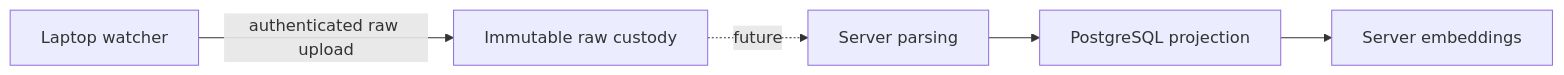
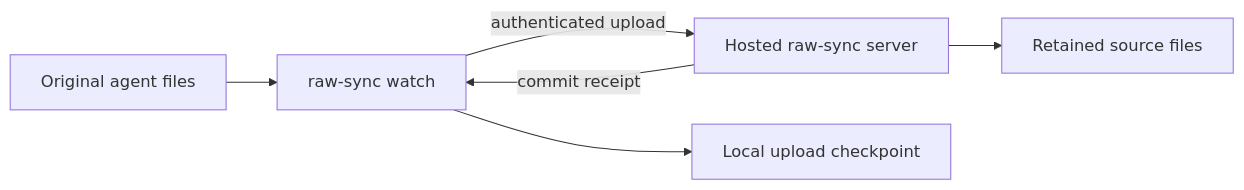
The diagram in docs/hosted-raw-sync.md (kenn-io/agentsview), drawn with Mermaid before and after one commit. The commit also changed other lines of this file and 19 other files, not shown here.

````diff
--- a/docs/hosted-raw-sync.md
+++ b/docs/hosted-raw-sync.md
@@ -11,7 +11,8 @@
 ```mermaid
 flowchart LR
-    Watcher["Laptop watcher"] -->|"authenticated raw upload"| Custody["Immutable raw custody"]
-    Custody -. "future" .-> Parser["Server parsing"]
-    Parser --> PostgreSQL["PostgreSQL projection"]
-    PostgreSQL --> Embeddings["Server embeddings"]
+    Files["Original agent files"] --> Client["raw-sync watch"]
+    Client -->|"authenticated upload"| Server["Hosted raw-sync server"]
+    Server --> Storage["Retained source files"]
+    Server -->|"commit receipt"| Client
+    Client --> Checkpoint["Local upload checkpoint"]
 ```
````
